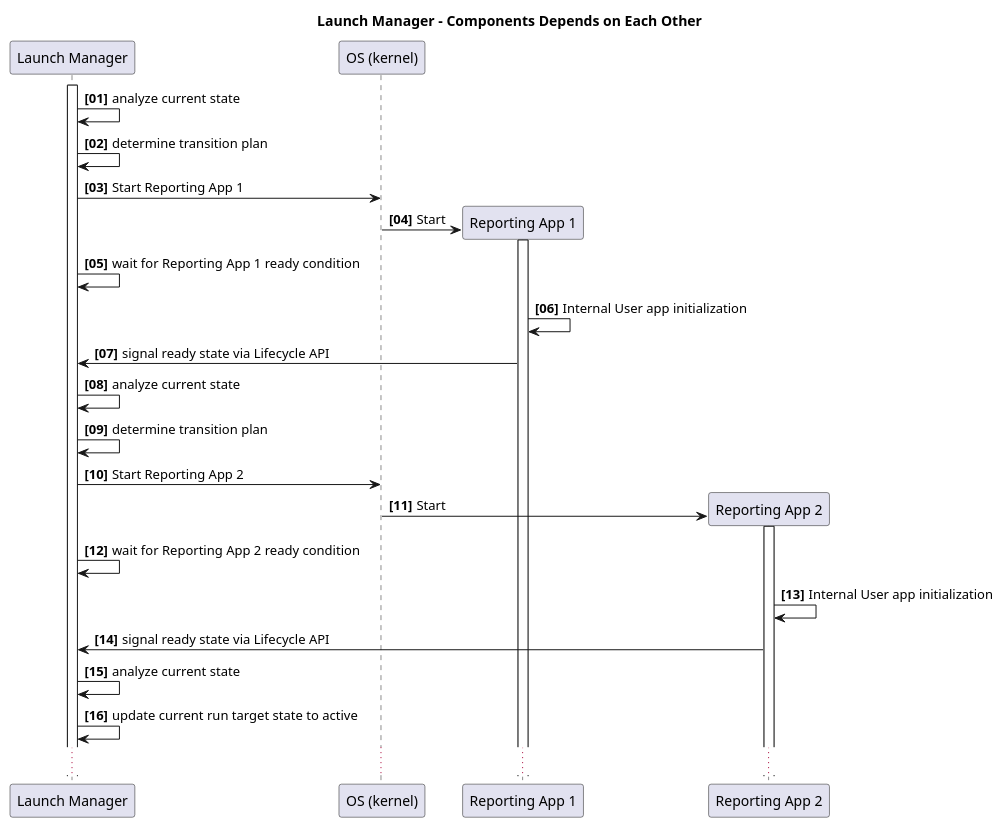
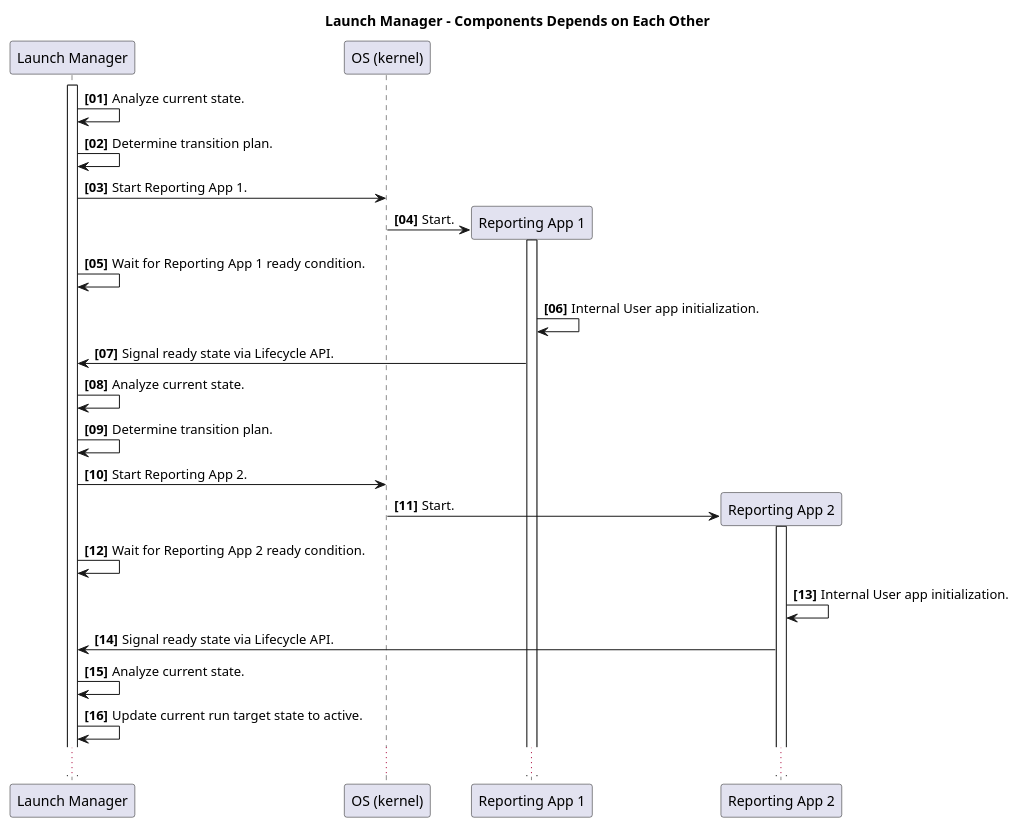
One commit to eclipse-score/lifecycle changed the diagram in docs/features/lifecycle/architecture/_assets/launch_manager_running_dep.puml. Above: the diagram before and after it, drawn with PlantUML. The commit also changed 11 other files, not shown here.

```diff
--- a/docs/features/lifecycle/architecture/_assets/launch_manager_running_dep.puml
+++ b/docs/features/lifecycle/architecture/_assets/launch_manager_running_dep.puml
@@ -14,36 +14,36 @@
 @startuml
 title Launch Manager - Components Depends on Each Other
 
 autonumber "<b>[00]"
 
 participant "Launch Manager" as LM
 participant "OS (kernel)" as kernel
 participant "Reporting App 1" as app1
 participant "Reporting App 2" as app2
 activate LM
 
-LM -> LM: analyze current state
-LM -> LM: determine transition plan
+LM -> LM: Analyze current state.
+LM -> LM: Determine transition plan.
 
-LM -> kernel: Start Reporting App 1
-kernel -> app1 **: Start
+LM -> kernel: Start Reporting App 1.
+kernel -> app1 **: Start.
 activate app1
-LM -> LM: wait for Reporting App 1 ready condition
-app1 -> app1: Internal User app initialization
-app1 -> LM: signal ready state via Lifecycle API
+LM -> LM: Wait for Reporting App 1 ready condition.
+app1 -> app1: Internal User app initialization.
+app1 -> LM: Signal ready state via Lifecycle API.
 
-LM -> LM: analyze current state
-LM -> LM: determine transition plan
+LM -> LM: Analyze current state.
+LM -> LM: Determine transition plan.
 
-LM -> kernel: Start Reporting App 2
-kernel -> app2 **: Start
+LM -> kernel: Start Reporting App 2.
+kernel -> app2 **: Start.
 activate app2
-LM -> LM: wait for Reporting App 2 ready condition
-app2 -> app2: Internal User app initialization
-app2 -> LM: signal ready state via Lifecycle API
+LM -> LM: Wait for Reporting App 2 ready condition.
+app2 -> app2: Internal User app initialization.
+app2 -> LM: Signal ready state via Lifecycle API.
 
-LM -> LM: analyze current state
-LM -> LM: update current run target state to active
+LM -> LM: Analyze current state.
+LM -> LM: Update current run target state to active.
 
 ...
 @enduml
```
